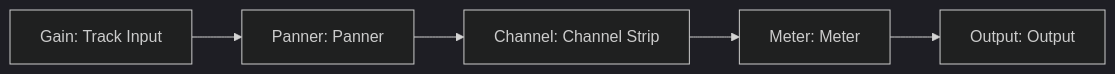
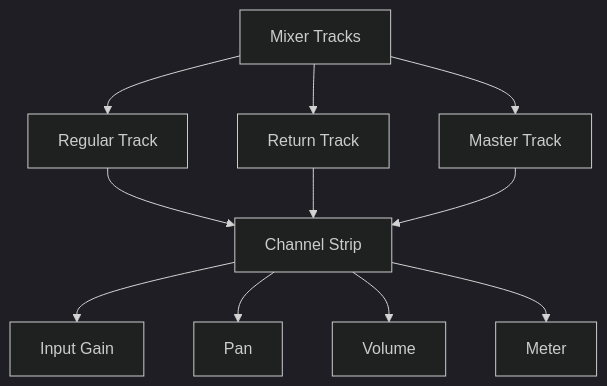
The sixth of 8 diagrams in README.md (yannmazita/daw.ts), drawn with Mermaid (dark theme) before and after one commit. The commit also changed other lines of this file, not shown here.

````diff
--- a/README.md
+++ b/README.md
@@ -207,7 +158,15 @@
 ```mermaid
-    graph LR
-        A[Gain: Track Input] --> B[Panner: Panner];
-        B --> C[Channel: Channel Strip];
-        C --> D[Meter: Meter];
-        D --> E[Output: Output];
+graph TD
+    A[Mixer Tracks] --> B[Regular Track]
+    A --> C[Return Track]
+    A --> D[Master Track]
+
+    B --> E[Channel Strip]
+    C --> E
+    D --> E
+
+    E --> F[Input Gain]
+    E --> G[Pan]
+    E --> H[Volume]
+    E --> I[Meter]
 ```
````
